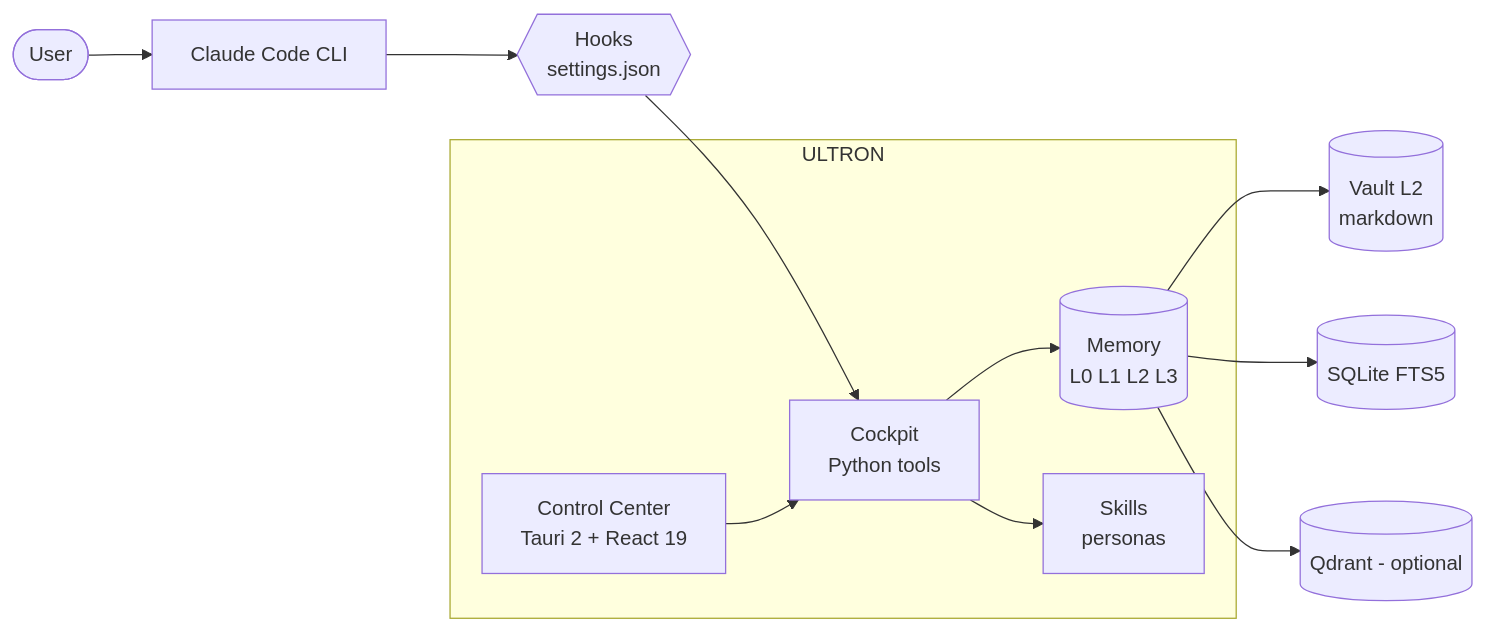
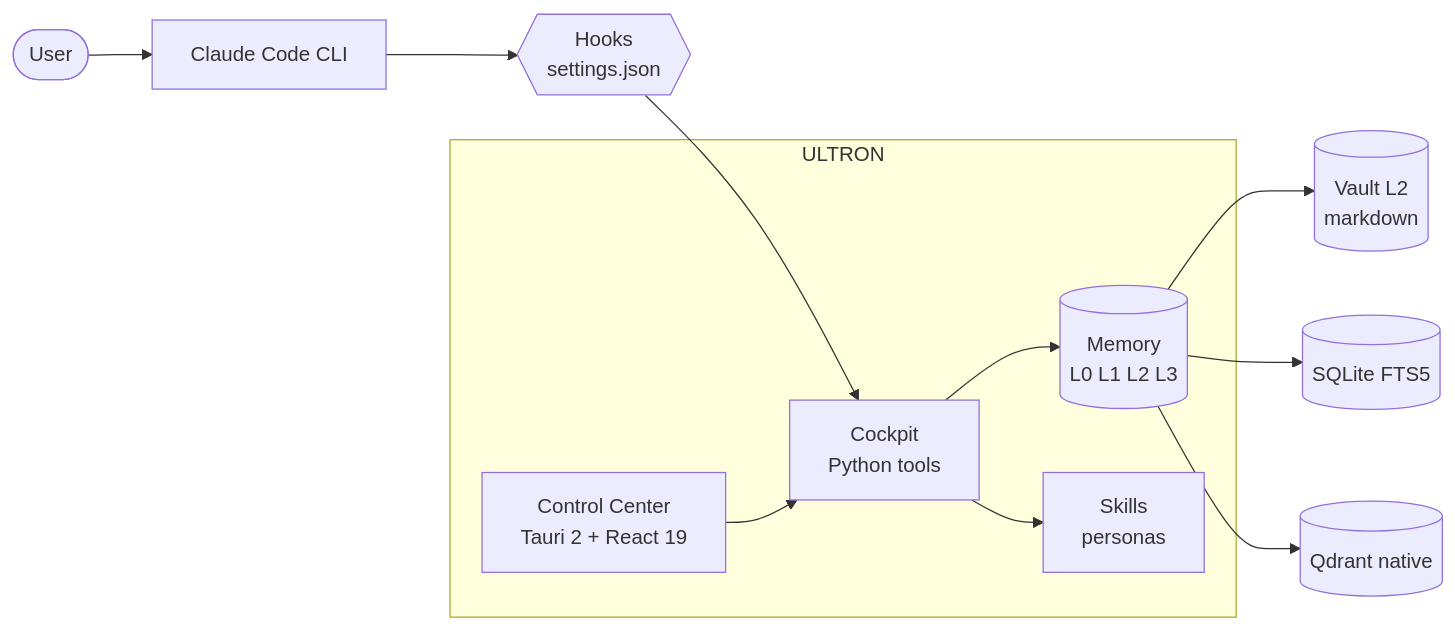
One commit to SkiTemplar/ultron-control-center changed the second of 2 diagrams in README.md. Above: the diagram before and after it, drawn with Mermaid. The commit also changed other lines of this file and 9 other files, not shown here.

````diff
--- a/README.md
+++ b/README.md
@@ -233,25 +233,25 @@
 ```mermaid
 flowchart LR
     User([User])
     CC[Claude Code CLI]
     Hooks{{Hooks<br/>settings.json}}
     subgraph ULTRON
         Memory[(Memory<br/>L0 L1 L2 L3)]
         Skills[Skills<br/>personas]
         Cockpit[Cockpit<br/>Python tools]
         GUI[Control Center<br/>Tauri 2 + React 19]
     end
     Vault[(Vault L2<br/>markdown)]
     FTS[(SQLite FTS5)]
-    Q[(Qdrant - optional)]
+    Q[(Qdrant native)]
 
     User --> CC
     CC --> Hooks
     Hooks --> Cockpit
     Cockpit --> Memory
     Memory --> Vault
     Memory --> FTS
     Memory --> Q
     Cockpit --> Skills
     GUI --> Cockpit
 ```
````
